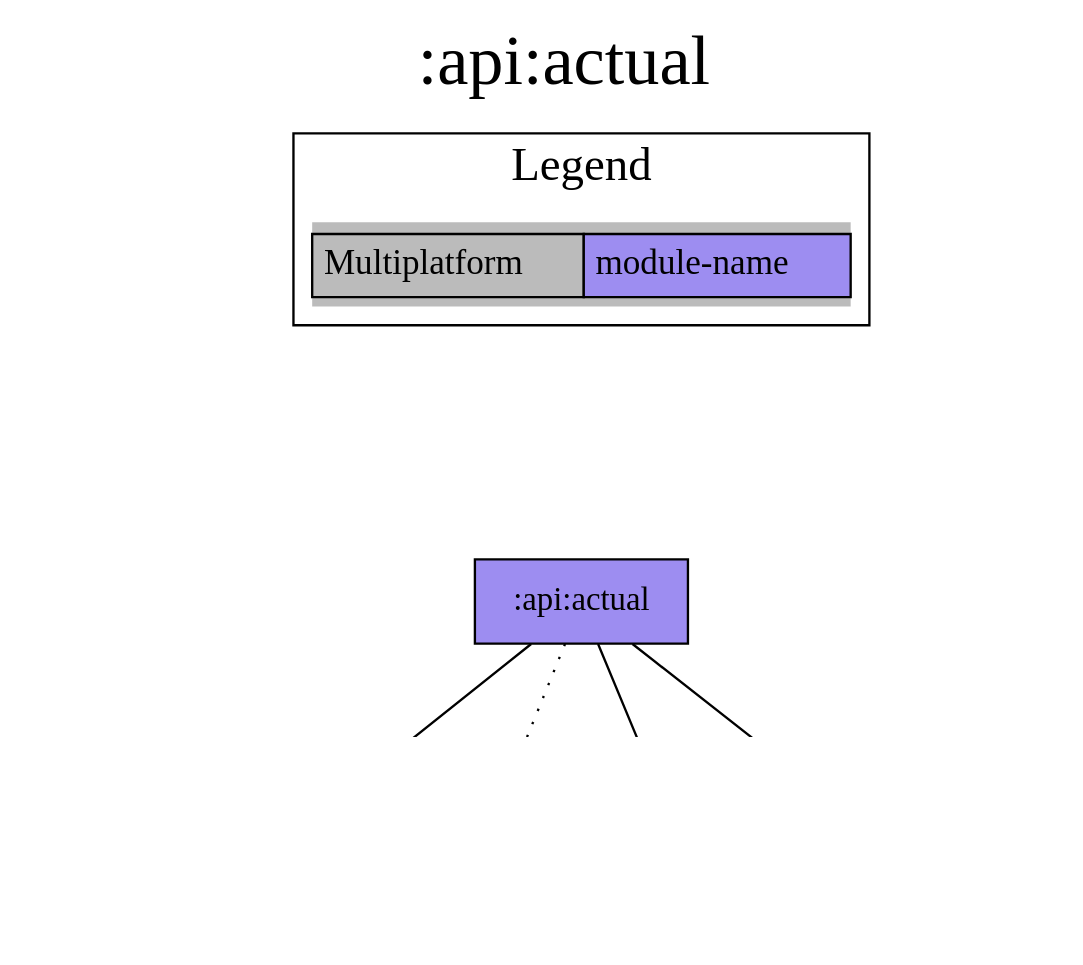
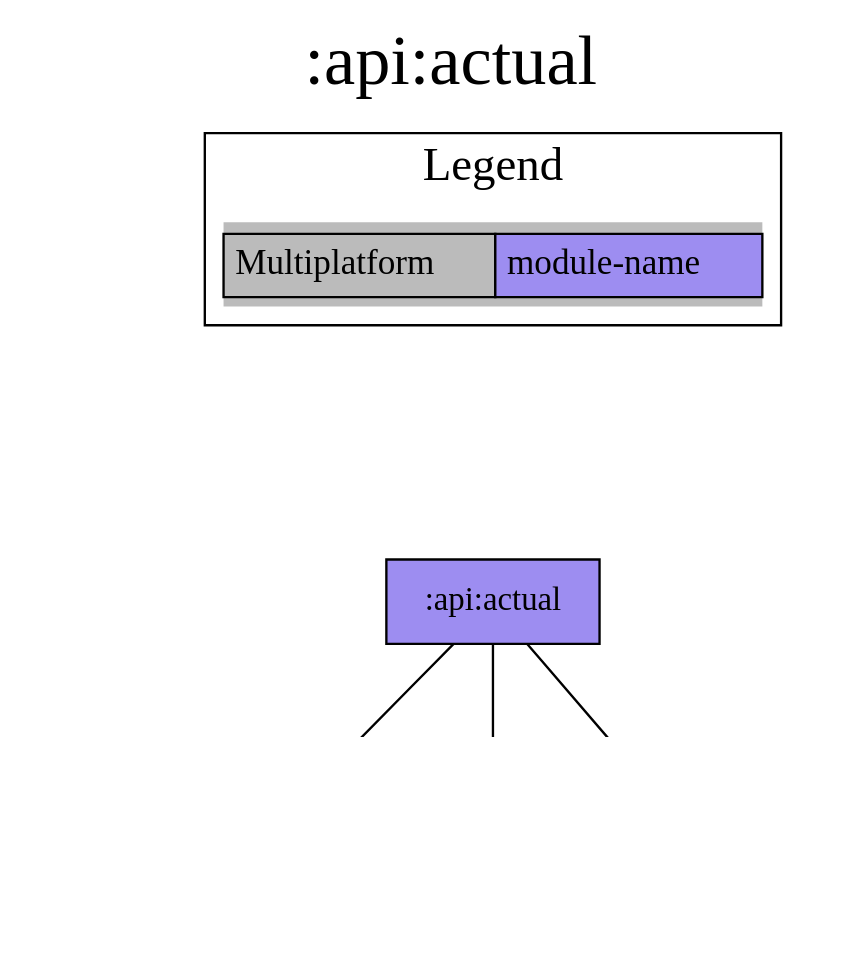
One commit to jonapoul/aktual changed the diagram in modules/api/actual/project-dependency-graph.dot. Above: the diagram before and after it, drawn with Graphviz. The commit also changed 50 other files, not shown here.

Commit message:
Remove api:core

```diff
--- a/modules/api/actual/project-dependency-graph.dot
+++ b/modules/api/actual/project-dependency-graph.dot
@@ -1,27 +1,25 @@
 digraph {
 edge ["dir"="forward"]
 graph ["dpi"="100","label"=":api:actual","labelloc"="t","fontsize"="30","ranksep"="1.5","rankdir"="TB"]
 node ["style"="filled"]
 ":account:model" ["fillcolor"="#9D8DF1","shape"="box"]
 ":api:actual" ["fillcolor"="#9D8DF1","shape"="box"]
-":api:core" ["fillcolor"="#9D8DF1","shape"="box"]
 ":budget:model" ["fillcolor"="#9D8DF1","shape"="box"]
 ":url:model" ["fillcolor"="#9D8DF1","shape"="box"]
 {
 edge ["dir"="none"]
 graph ["rank"="same"]
 }
 ":api:actual" -> ":account:model"
-":api:actual" -> ":api:core" ["style"="dotted"]
 ":api:actual" -> ":budget:model"
 ":api:actual" -> ":url:model"
 subgraph "cluster_legend" {
 edge ["dir"="none"]
 graph ["label"="Legend","fontsize"="20"]
 "Legend" ["style"="filled","fillcolor"="#bbbbbb","shape"="none","margin"="0","fontsize"="15","label"=<
 <TABLE BORDER="0" CELLBORDER="1" CELLSPACING="0" CELLPADDING="4">
 <TR><TD>Multiplatform</TD><TD BGCOLOR="#9D8DF1">module-name</TD></TR>
 </TABLE>
 >]
 } -> ":api:actual" ["style"="invis"]
 }
```
